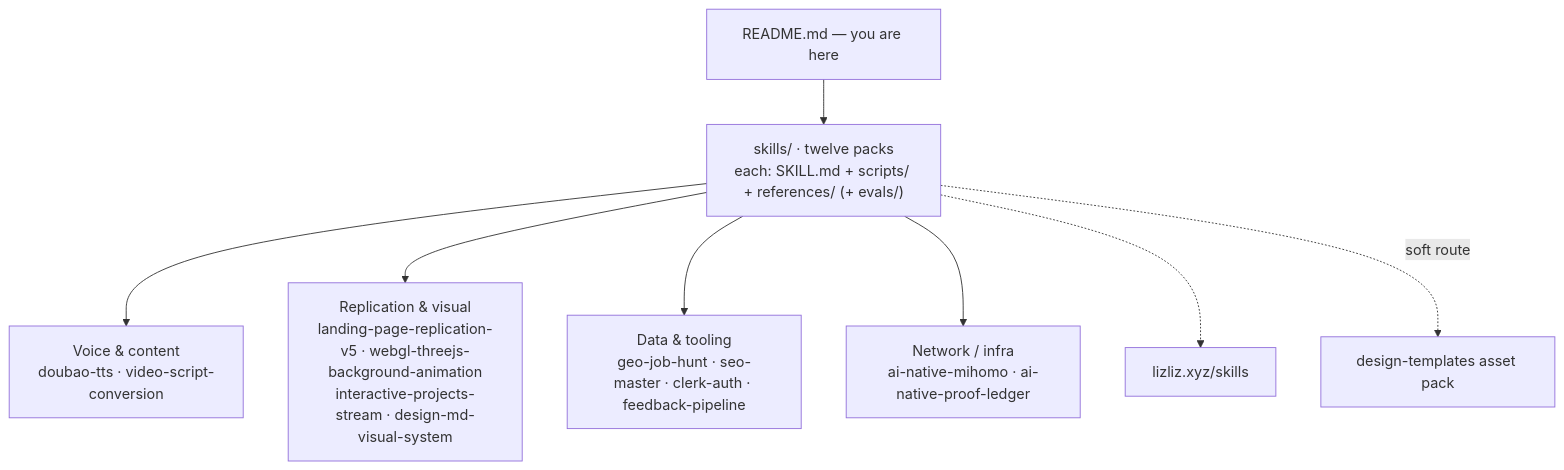
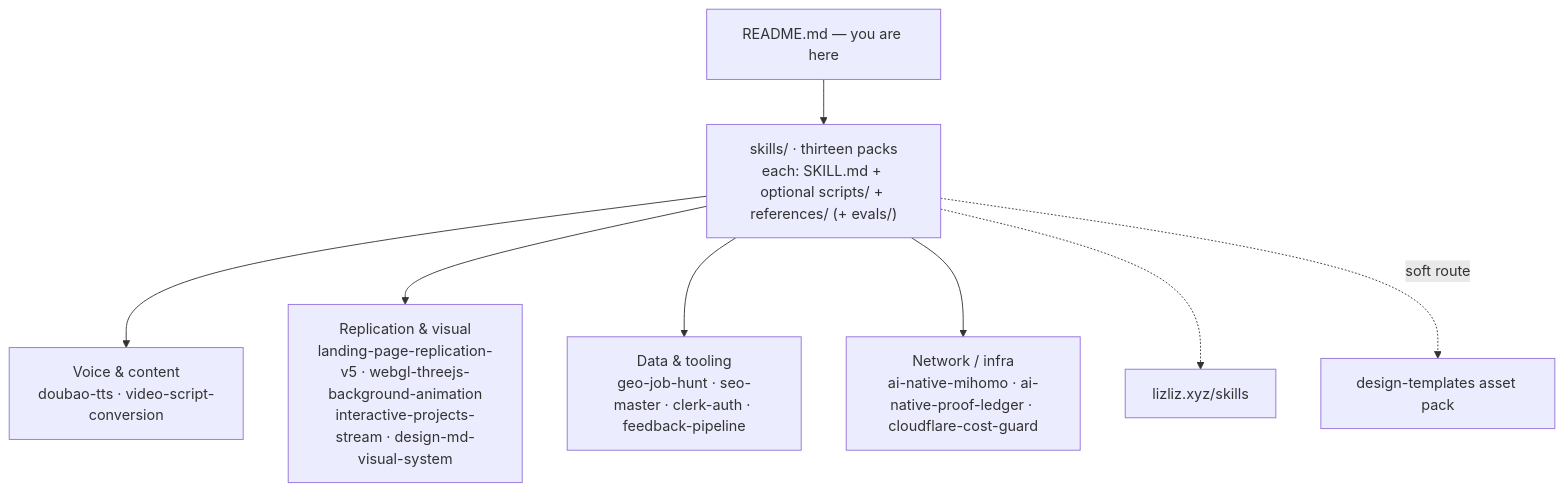
Before and after one commit to hanzili/agent-skills: the diagram in README.md, drawn with Mermaid. The commit also changed other lines of this file and 3 other files, not shown here.

Commit message:
Add Cloudflare cost guard workflow skill

````diff
--- a/README.md
+++ b/README.md
@@ -7,10 +7,10 @@
 ```mermaid
 graph TD
-    README["README.md — you are here"] --> SKILLS["skills/ · twelve packs<br/>each: SKILL.md + scripts/ + references/ (+ evals/)"]
+    README["README.md — you are here"] --> SKILLS["skills/ · thirteen packs<br/>each: SKILL.md + optional scripts/ + references/ (+ evals/)"]
     SKILLS --> VOICE["Voice & content<br/>doubao-tts · video-script-conversion"]
     SKILLS --> VISUAL["Replication & visual<br/>landing-page-replication-v5 · webgl-threejs-background-animation<br/>interactive-projects-stream · design-md-visual-system"]
     SKILLS --> TOOLS["Data & tooling<br/>geo-job-hunt · seo-master · clerk-auth · feedback-pipeline"]
-    SKILLS --> NET["Network / infra<br/>ai-native-mihomo · ai-native-proof-ledger"]
+    SKILLS --> NET["Network / infra<br/>ai-native-mihomo · ai-native-proof-ledger · cloudflare-cost-guard"]
     SKILLS -.-> SITE["lizliz.xyz/skills"]
     SKILLS -.->|"soft route"| DT["design-templates asset pack"]
 ```
````
